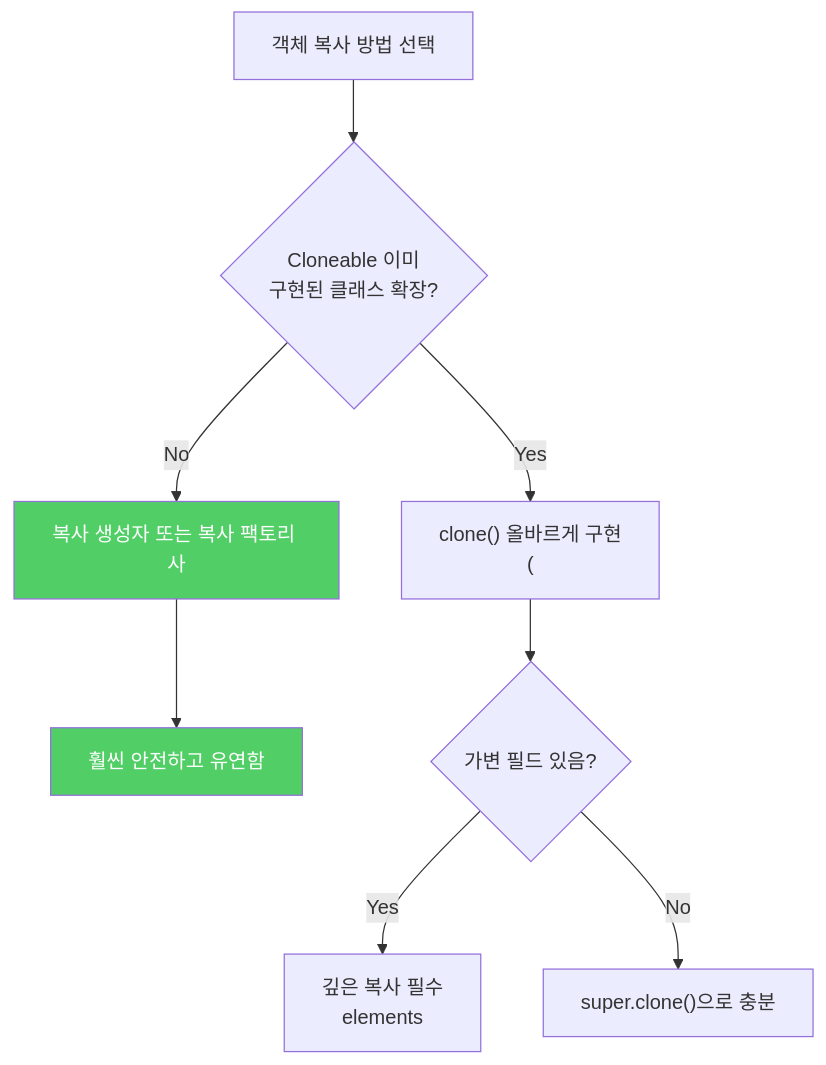
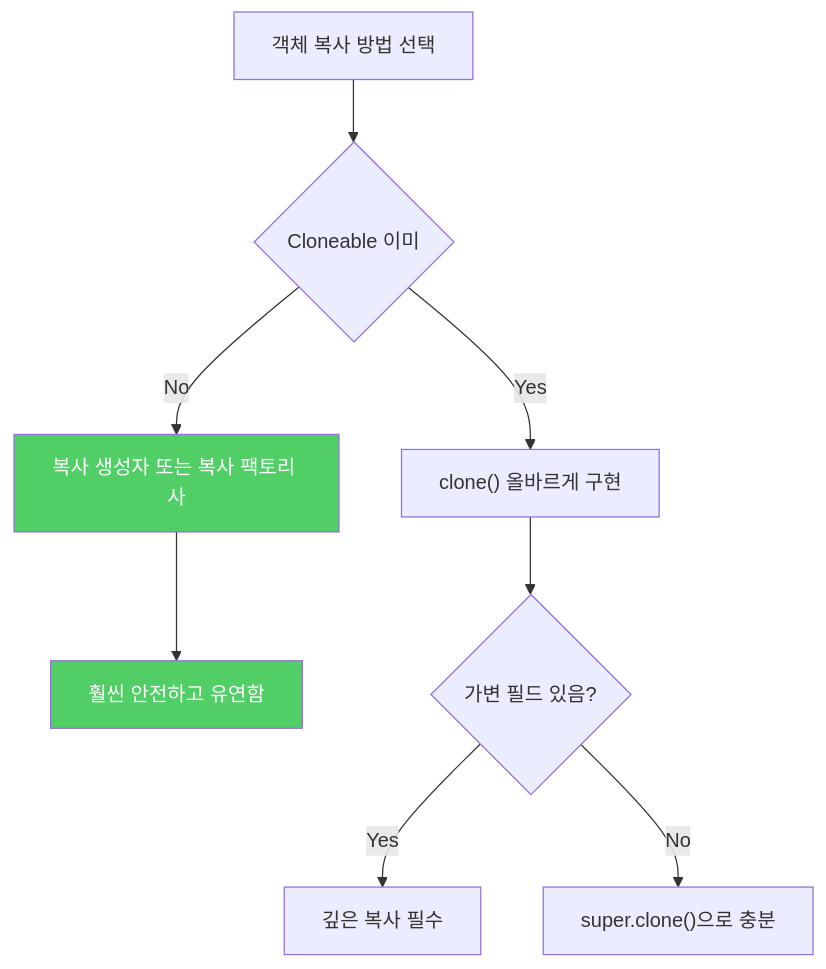
One commit to yjkim2015/yjkim2015.github.io changed the fourth of 4 diagrams in _posts/java/2021-12-27-effective-java13.md. Above: the diagram before and after it, drawn with Mermaid. The commit also changed other lines of this file and 217 other files, not shown here.

First line of the commit message:
Mermaid 크기 수정: useMaxWidth:true + SVG max-width:100% + 라벨 축소

````diff
--- a/_posts/java/2021-12-27-effective-java13.md
+++ b/_posts/java/2021-12-27-effective-java13.md
@@ -228,12 +228,12 @@
 ```mermaid
 graph TD
-    A["객체 복사 방법 선택"] --> B{"Cloneable 이미\n구현된 클래스 확장?"}
-    B -->|"Yes"| C["clone() 올바르게 구현\n("]
+    A["객체 복사 방법 선택"] --> B{"Cloneable 이미"}
+    B -->|"Yes"| C["clone() 올바르게 구현"]
     B -->|"No"| D["복사 생성자 또는 복사 팩토리 사"]
     D --> D1["훨씬 안전하고 유연함"]
     C --> E{"가변 필드 있음?"}
-    E -->|"Yes"| F["깊은 복사 필수\nelements"]
+    E -->|"Yes"| F["깊은 복사 필수"]
     E -->|"No"| G["super.clone()으로 충분"]
     style D fill:#51cf66,color:#fff
     style D1 fill:#51cf66,color:#fff
 ```
````
